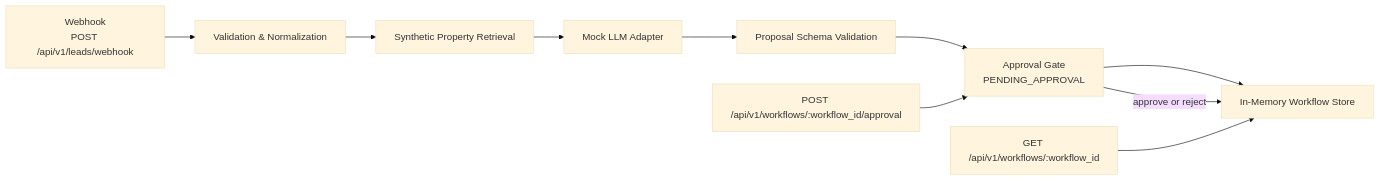
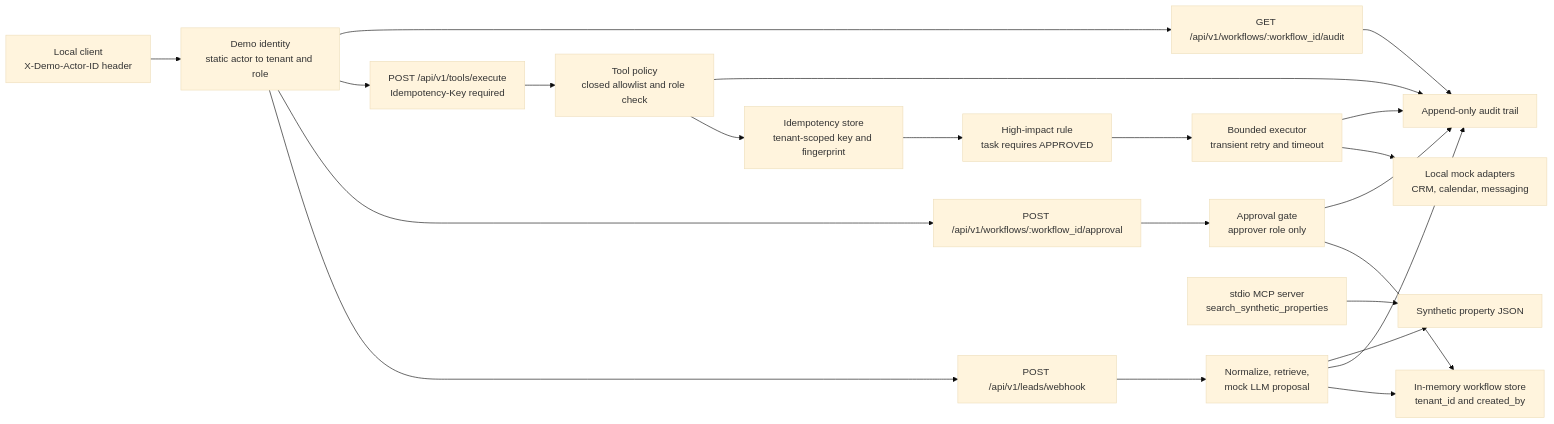
One commit to cameraphp/ai-coo-real-estate-lab changed the diagram in README.md. Above: the diagram before and after it, drawn with Mermaid (base theme). The commit also changed other lines of this file and 37 other files, not shown here.

Commit message:
feat: add safe mock tool orchestration

````diff
--- a/README.md
+++ b/README.md
@@ -32,12 +38,24 @@
 ```mermaid
 flowchart LR
-    A["Webhook<br/>POST /api/v1/leads/webhook"] --> B["Validation & Normalization"]
-    B --> C["Synthetic Property Retrieval"]
-    C --> D["Mock LLM Adapter"]
-    D --> E["Proposal Schema Validation"]
-    E --> F["Approval Gate<br/>PENDING_APPROVAL"]
-    F --> G["In-Memory Workflow Store"]
-    H["GET /api/v1/workflows/:workflow_id"] --> G
-    I["POST /api/v1/workflows/:workflow_id/approval"] --> F
-    F -->|approve or reject| G
+    Client["Local client<br/>X-Demo-Actor-ID header"] --> Identity["Demo identity<br/>static actor to tenant and role"]
+    Identity --> Webhook["POST /api/v1/leads/webhook"]
+    Identity --> Approval["POST /api/v1/workflows/:workflow_id/approval"]
+    Identity --> Tools["POST /api/v1/tools/execute<br/>Idempotency-Key required"]
+    Identity --> AuditApi["GET /api/v1/workflows/:workflow_id/audit"]
+    Webhook --> Pipeline["Normalize, retrieve,<br/>mock LLM proposal"]
+    Pipeline --> Store["In-memory workflow store<br/>tenant_id and created_by"]
+    Approval --> Gate["Approval gate<br/>approver role only"]
+    Gate --> Store
+    Tools --> Policy["Tool policy<br/>closed allowlist and role check"]
+    Policy --> Idem["Idempotency store<br/>tenant-scoped key and fingerprint"]
+    Idem --> Rule["High-impact rule<br/>task requires APPROVED"]
+    Rule --> Executor["Bounded executor<br/>transient retry and timeout"]
+    Executor --> Adapters["Local mock adapters<br/>CRM, calendar, messaging"]
+    Pipeline --> Audit["Append-only audit trail"]
+    Gate --> Audit
+    Policy --> Audit
+    Executor --> Audit
+    AuditApi --> Audit
+    MCP["stdio MCP server<br/>search_synthetic_properties"] --> Catalog["Synthetic property JSON"]
+    Pipeline --> Catalog
 ```
````
